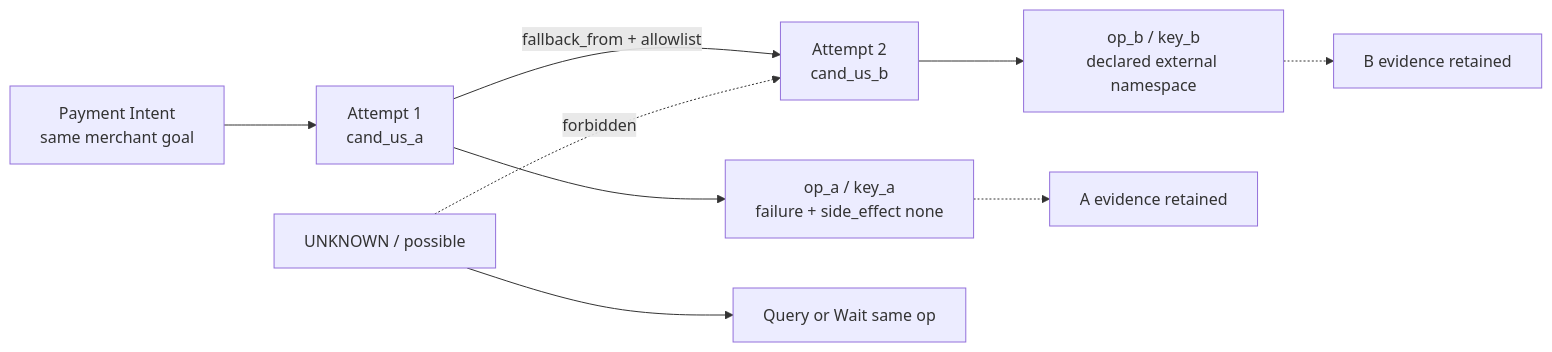
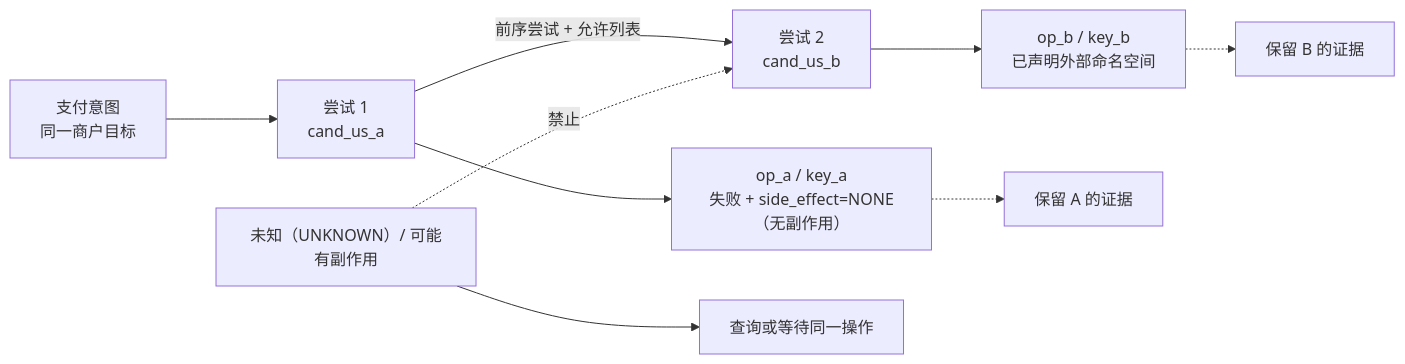
One commit to YouEclipse/Designing-Modern-Payment-Systems changed the second of 4 diagrams in part-3-reliability/fallback-routing.md. Above: the diagram before and after it, drawn with Mermaid. The commit also changed other lines of this file and 59 other files, not shown here.

````diff
--- a/part-3-reliability/fallback-routing.md
+++ b/part-3-reliability/fallback-routing.md
@@ -157,11 +157,11 @@
 ```mermaid
 flowchart LR
-    Intent["Payment Intent<br/>same merchant goal"] --> A1["Attempt 1<br/>cand_us_a"]
-    A1 --> O1["op_a / key_a<br/>failure + side_effect none"]
-    A1 -->|"fallback_from + allowlist"| A2["Attempt 2<br/>cand_us_b"]
-    A2 --> O2["op_b / key_b<br/>declared external namespace"]
-    O1 -.-> E1["A evidence retained"]
-    O2 -.-> E2["B evidence retained"]
-    U["UNKNOWN / possible"] --> R["Query or Wait same op"]
-    U -.->|"forbidden"| A2
+    Intent["支付意图<br/>同一商户目标"] --> A1["尝试 1<br/>cand_us_a"]
+    A1 --> O1["op_a / key_a<br/>失败 + side_effect=NONE（无副作用）"]
+    A1 -->|"前序尝试 + 允许列表"| A2["尝试 2<br/>cand_us_b"]
+    A2 --> O2["op_b / key_b<br/>已声明外部命名空间"]
+    O1 -.-> E1["保留 A 的证据"]
+    O2 -.-> E2["保留 B 的证据"]
+    U["未知（UNKNOWN）/ 可能有副作用"] --> R["查询或等待同一操作"]
+    U -.->|"禁止"| A2
 ```
````
